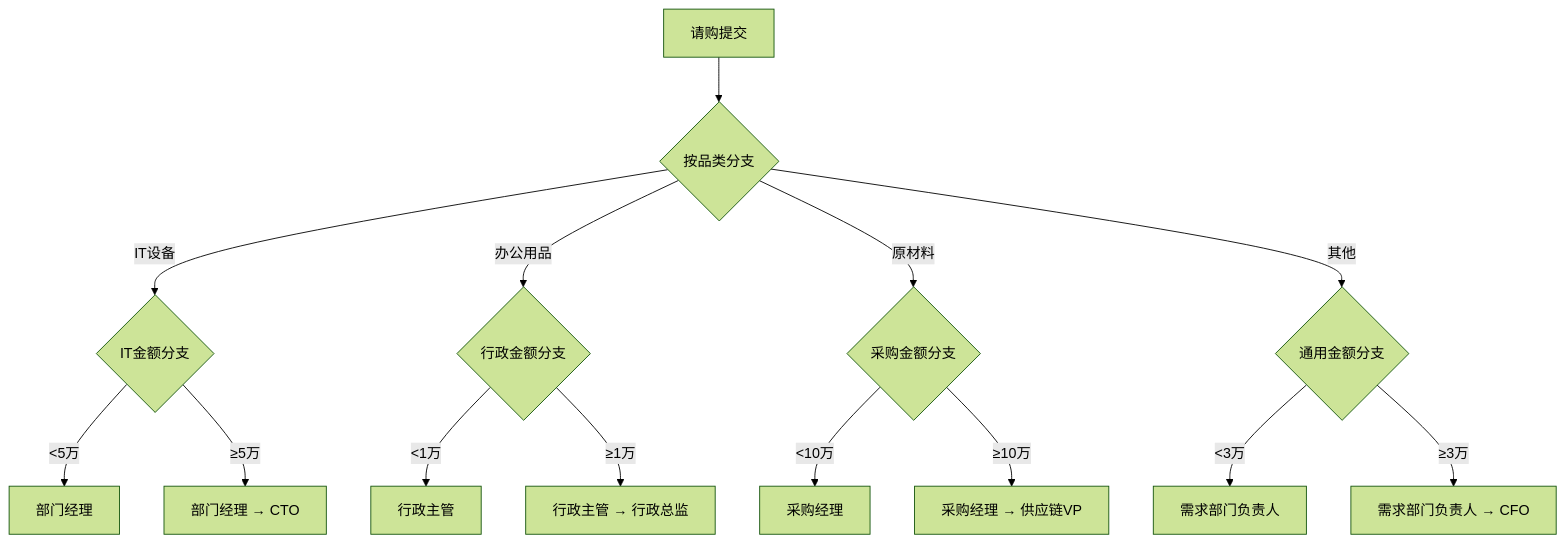
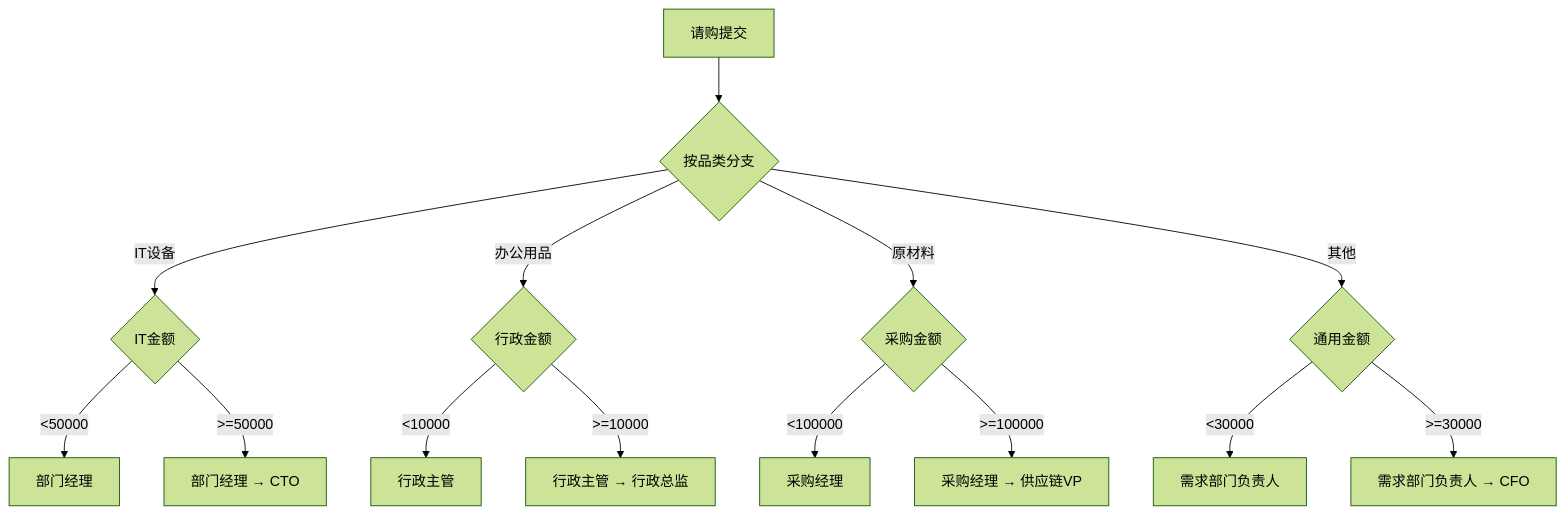
One commit to wang-baohai/Omni-Stack changed the fourth of 7 diagrams in docs/design/procurement-design.md. Above: the diagram before and after it, drawn with Mermaid (forest theme). The commit also changed other lines of this file and 1095 other files, not shown here.

````diff
--- a/docs/design/procurement-design.md
+++ b/docs/design/procurement-design.md
@@ -238,16 +241,16 @@
 ```mermaid
 flowchart TD
-    A[请购提交] --> B{按品类分支}
-    B -->|IT设备| C{IT金额分支}
-    B -->|办公用品| D{行政金额分支}
-    B -->|原材料| E{采购金额分支}
-    B -->|其他| F{通用金额分支}
-    C -->|<5万| C1[部门经理]
-    C -->|≥5万| C2[部门经理 → CTO]
-    D -->|<1万| D1[行政主管]
-    D -->|≥1万| D2[行政主管 → 行政总监]
-    E -->|<10万| E1[采购经理]
-    E -->|≥10万| E2[采购经理 → 供应链VP]
-    F -->|<3万| F1[需求部门负责人]
-    F -->|≥3万| F2[需求部门负责人 → CFO]
+    A["请购提交"] --> B{"按品类分支"}
+    B -->|"IT设备"| C{"IT金额"}
+    B -->|"办公用品"| D{"行政金额"}
+    B -->|"原材料"| E{"采购金额"}
+    B -->|"其他"| F{"通用金额"}
+    C -->|"<50000"| C1["部门经理"]
+    C -->|">=50000"| C2["部门经理 → CTO"]
+    D -->|"<10000"| D1["行政主管"]
+    D -->|">=10000"| D2["行政主管 → 行政总监"]
+    E -->|"<100000"| E1["采购经理"]
+    E -->|">=100000"| E2["采购经理 → 供应链VP"]
+    F -->|"<30000"| F1["需求部门负责人"]
+    F -->|">=30000"| F2["需求部门负责人 → CFO"]
 ```
````
